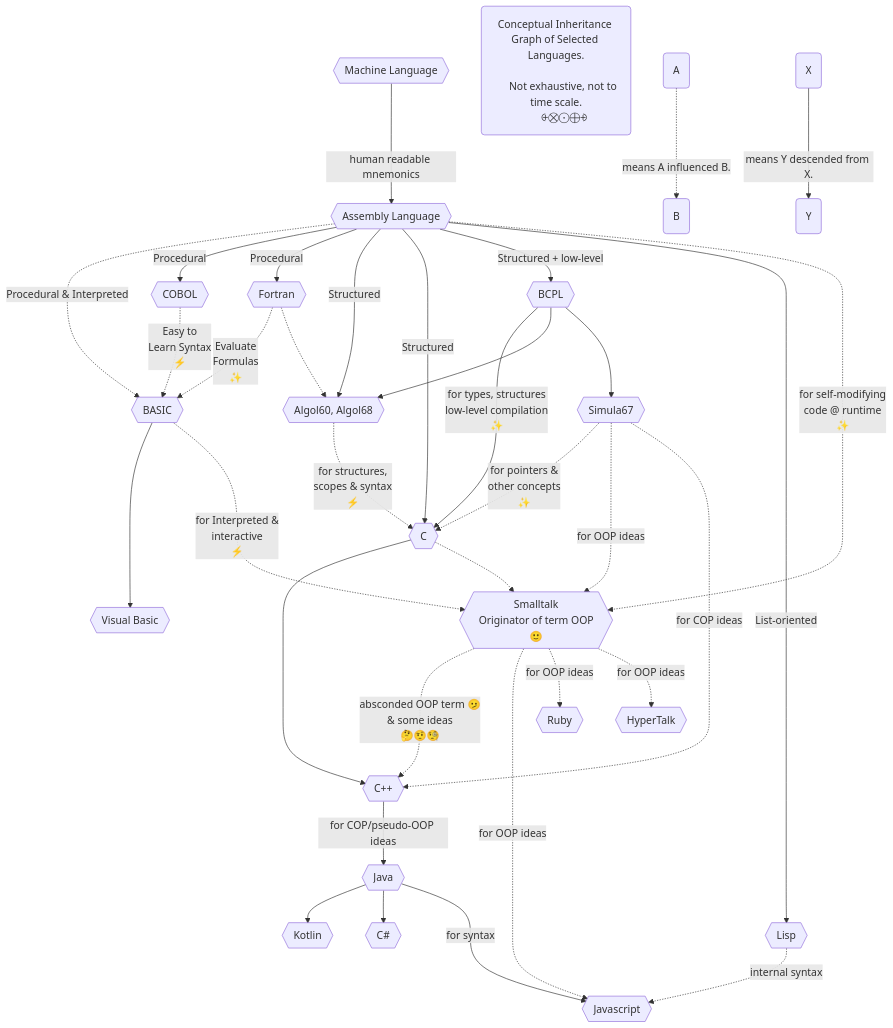
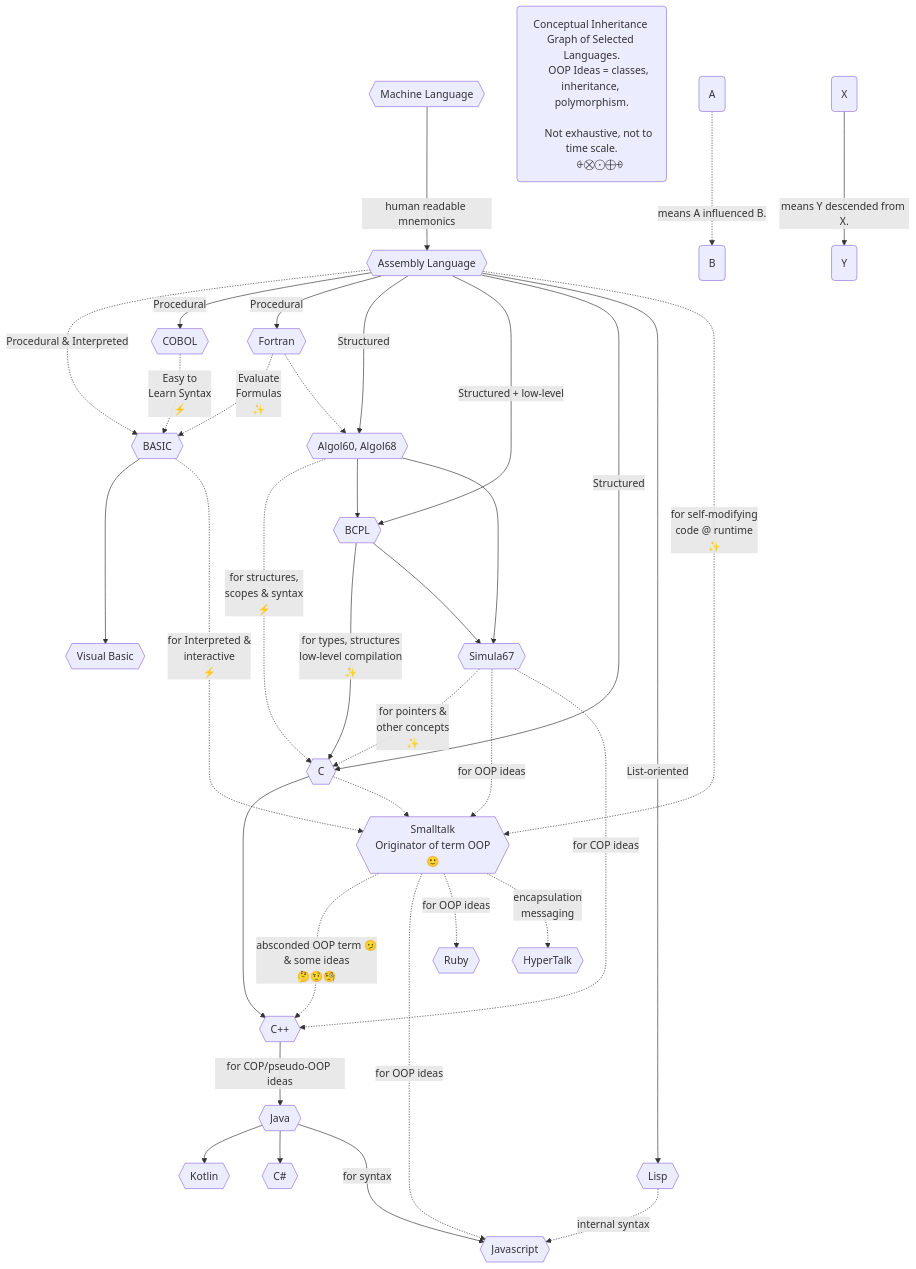
Before and after one commit to realityexpander/How_to_program_from_ground_up: the diagram in 13-Conclusion.md, drawn with Mermaid. The commit also changed 4 other files, not shown here.

````diff
--- a/13-Conclusion.md
+++ b/13-Conclusion.md
@@ -30,70 +30,73 @@
   ```mermaid
     graph TB
         MachineLanguage{{Machine Language}} -->|human readable mnemonics| AssemblyLanguage
         AssemblyLanguage{{Assembly Language}} -.->|Procedural & Interpreted|Basic
         AssemblyLanguage{{Assembly Language}} -->|Procedural|COBOL
         AssemblyLanguage{{Assembly Language}} -->|Procedural|Fortran
         AssemblyLanguage{{Assembly Language}} -->|Structured|Algol68
+        AssemblyLanguage{{Assembly Language}} -->|Structured + low-level|BCPL
         AssemblyLanguage{{Assembly Language}} -->|Structured|C
-        AssemblyLanguage{{Assembly Language}} -->|Structured + low-level|BCPL
         AssemblyLanguage{{Assembly Language}} -->|List-oriented|Lisp
         
         COBOL{{"COBOL"}} -.->|"Easy to 
                               Learn Syntax
                               ⚡️️"|Basic
         Basic{{"BASIC"}} ---> VisualBasic
         Fortran{{"Fortran"}} -.->|"Evaluate 
                                   Formulas
                                   ✨"|Basic
         Algol68{{Algol60, Algol68}} -.->|"for structures, 
                                 scopes & syntax
                                 ⚡️️
                                 "|C
         BCPL{{"BCPL"}} -->|"for types, structures 
                             low-level compilation
                             ✨"|C
-        BCPL --> Algol68
+        Algol68 --> BCPL 
         BCPL --> Simula67
+        Algol68 --> Simula67
         Simula67{{"Simula67"}} -.->|"for pointers & 
                                     other concepts
                                     ✨"|C
         Simula67 -.->|for OOP ideas|Smalltalk
         C{{"C"}} -->Cplusplus
         C -.->Smalltalk
         Simula67 -.->|for COP ideas|Cplusplus
         Cplusplus{{"C++"}} -->|for COP/pseudo-OOP ideas|Java
         Smalltalk -..->|"absconded OOP term 🫤 
                         & some ideas
                         🤔🤨🧐"|Cplusplus
         Java{{Java}} -->Kotlin
         Java -->CSharp
         CSharp{{"C#"}}
         Fortran -.->Algol68
         Smalltalk{{"Smalltalk
                   Originator of term OOP
                   🙂"}} -.->|for OOP ideas|Javascript
         Smalltalk -.->|for OOP ideas|Ruby
-        Smalltalk -.->|for OOP ideas|HyperTalk
+        Smalltalk -.->|encapsulation
+                       messaging|HyperTalk
         Basic -.-> |"for Interpreted & 
                     interactive
                     ⚡️"|Smalltalk
         AssemblyLanguage-.->|"for self-modifying 
                               code @ runtime
                               ✨"|Smalltalk
         
         Lisp{{"Lisp"}} -.->|internal syntax|Javascript
         Java--->|for syntax|Javascript
         Kotlin{{Kotlin}}
         Ruby{{Ruby}}
         HyperTalk{{HyperTalk}}
         Javascript{{Javascript}}
         VisualBasic{{"Visual Basic"}}
     
     Note("Conceptual Inheritance Graph of Selected Languages.
+          OOP Ideas = classes, inheritance, polymorphism.
           
           Not exhaustive, not to time scale.
           ⨭⨂⨀⨁⨮")
     A("A") -.-> |means A influenced B.| B("B")
     X("X") --> |means Y descended from X.| Y("Y")
     
   ```
````
